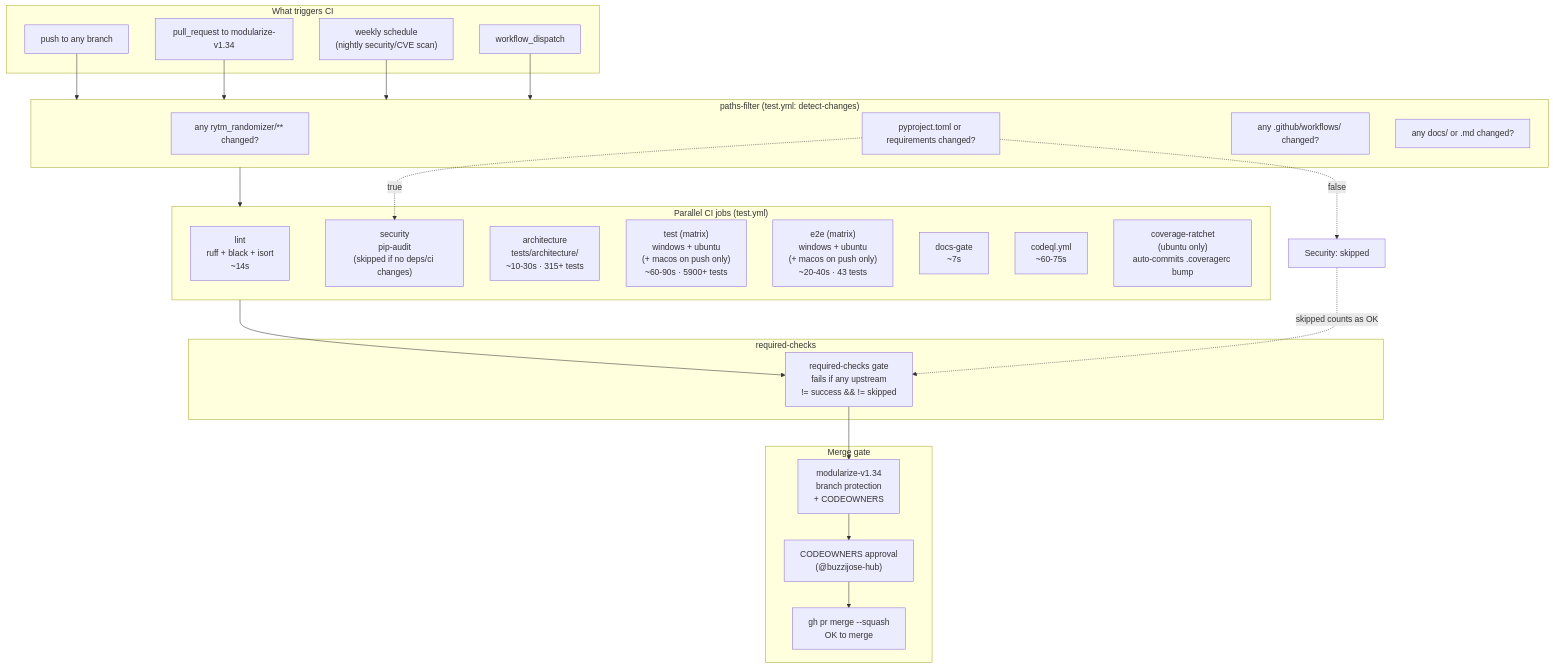
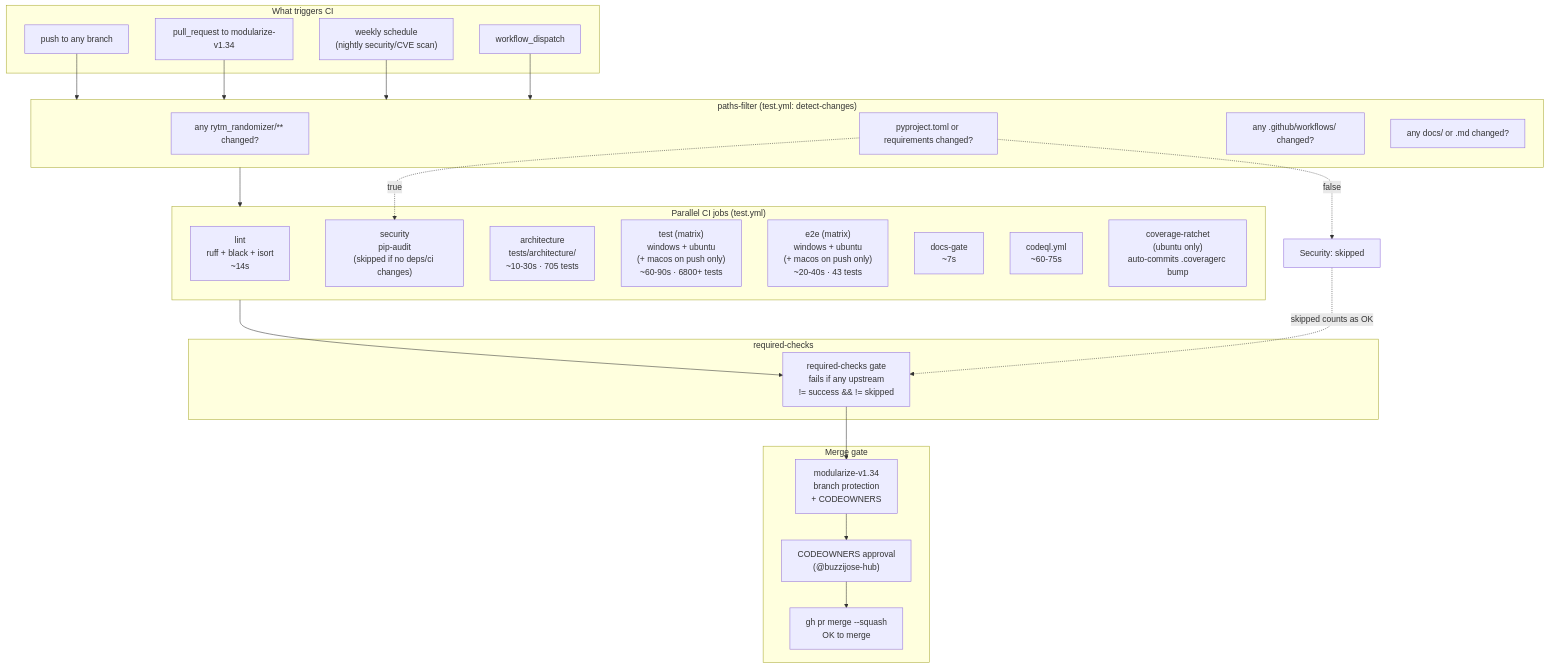
Diagram 11 of 34 in docs/ARCHITECTURE_DIAGRAMS.md (buzzijose-hub/RytmRandomizer), drawn with Mermaid before and after one commit. The commit also changed other lines of this file and 157 other files, not shown here.

````diff
--- a/docs/ARCHITECTURE_DIAGRAMS.md
+++ b/docs/ARCHITECTURE_DIAGRAMS.md
@@ -826,53 +856,53 @@
 ```mermaid
 flowchart TB
     subgraph Trigger["What triggers CI"]
         Push["push to any branch"]
         PR["pull_request to modularize-v1.34"]
         Schedule["weekly schedule<br/>(nightly security/CVE scan)"]
         Manual["workflow_dispatch"]
     end
 
     subgraph PathFilter["paths-filter (test.yml: detect-changes)"]
         DetectCode["any rytm_randomizer/** changed?"]
         DetectDeps["pyproject.toml or requirements changed?"]
         DetectCI["any .github/workflows/ changed?"]
         DetectDocs["any docs/ or .md changed?"]
     end
 
     subgraph Jobs["Parallel CI jobs (test.yml)"]
         Lint["lint<br/>ruff + black + isort<br/>~14s"]
         Security["security<br/>pip-audit<br/>(skipped if no deps/ci changes)"]
-        Architecture["architecture<br/>tests/architecture/<br/>~10-30s · 315+ tests"]
-        TestMatrix["test (matrix)<br/>windows + ubuntu<br/>(+ macos on push only)<br/>~60-90s · 5900+ tests"]
+        Architecture["architecture<br/>tests/architecture/<br/>~10-30s · 705 tests"]
+        TestMatrix["test (matrix)<br/>windows + ubuntu<br/>(+ macos on push only)<br/>~60-90s · 6800+ tests"]
         E2EMatrix["e2e (matrix)<br/>windows + ubuntu<br/>(+ macos on push only)<br/>~20-40s · 43 tests"]
         DocsGate["docs-gate<br/>~7s"]
         CodeQL["codeql.yml<br/>~60-75s"]
         CoverageRatchet["coverage-ratchet<br/>(ubuntu only)<br/>auto-commits .coveragerc bump"]
     end
 
     subgraph Aggregator["required-checks"]
         Gate["required-checks gate<br/>fails if any upstream<br/>!= success && != skipped"]
     end
 
     subgraph MergeGate["Merge gate"]
         BranchProtection["modularize-v1.34<br/>branch protection<br/>+ CODEOWNERS"]
         Approval["CODEOWNERS approval<br/>(@buzzijose-hub)"]
         Merge["gh pr merge --squash<br/>OK to merge"]
     end
 
     Push --> PathFilter
     PR --> PathFilter
     Schedule --> PathFilter
     Manual --> PathFilter
 
     PathFilter --> Jobs
 
     Jobs --> Gate
     Gate --> BranchProtection
     BranchProtection --> Approval
     Approval --> Merge
 
     DetectDeps -.->|"true"| Security
     DetectDeps -.->|"false"| Skip1["Security: skipped"]
     Skip1 -.->|"skipped counts as OK"| Gate
 ```
````
